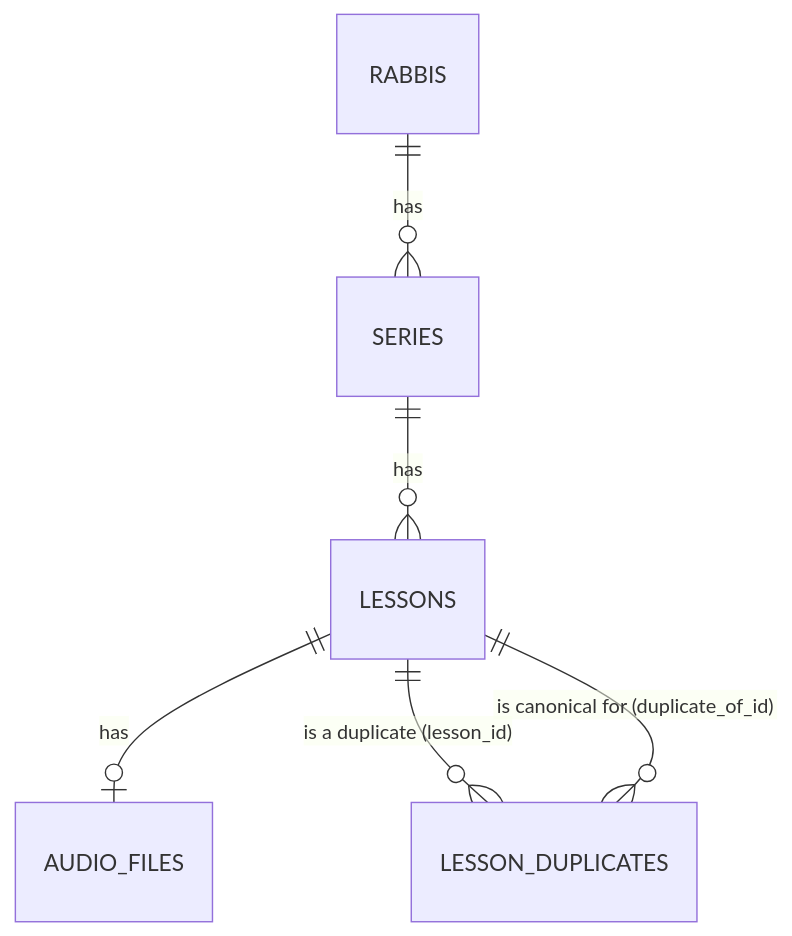
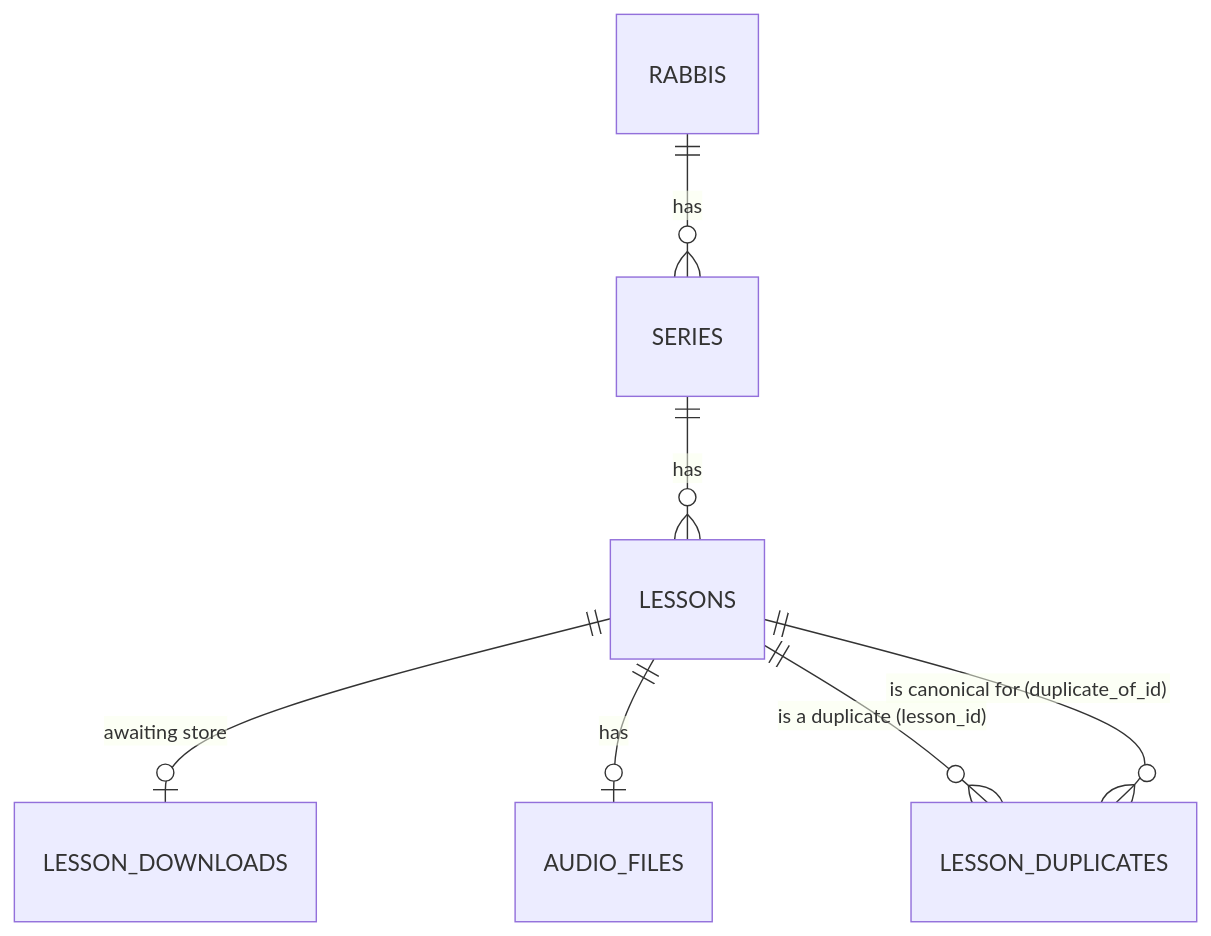
One commit to kol-torah/data-pipelines changed the diagram in documents/database-schema.md. Above: the diagram before and after it, drawn with Mermaid. The commit also changed other lines of this file and 19 other files, not shown here.

````diff
--- a/documents/database-schema.md
+++ b/documents/database-schema.md
@@ -23,8 +23,9 @@
 ```mermaid
 erDiagram
     RABBIS ||--o{ SERIES : has
     SERIES ||--o{ LESSONS : has
+    LESSONS ||--o| LESSON_DOWNLOADS : "awaiting store"
     LESSONS ||--o| AUDIO_FILES : has
     LESSONS ||--o{ LESSON_DUPLICATES : "is a duplicate (lesson_id)"
     LESSONS ||--o{ LESSON_DUPLICATES : "is canonical for (duplicate_of_id)"
 ```
````
